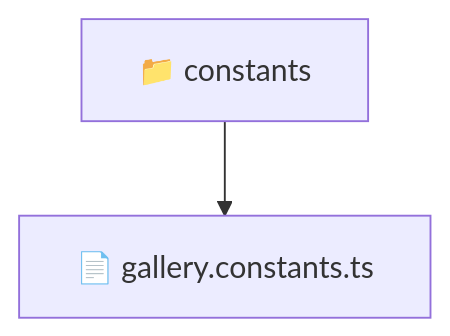
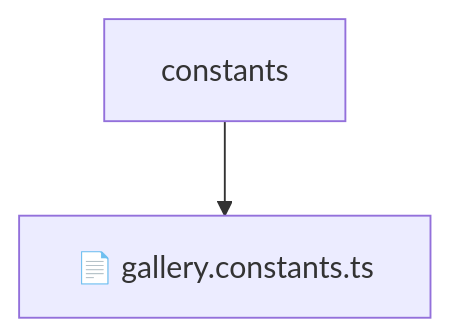
One commit to beginwebdev2002/fullstack-mavluda changed the diagram in frontend/src/entities/gallery/constants/README.md. Above: the diagram before and after it, drawn with Mermaid. The commit also changed other lines of this file and 155 other files, not shown here.

````diff
--- a/frontend/src/entities/gallery/constants/README.md
+++ b/frontend/src/entities/gallery/constants/README.md
@@ -10,5 +14,5 @@
 ```mermaid
 graph TD
-  Root["📁 constants"]
-  Root --> galleryconstantsts["📄 gallery.constants.ts"]
+    Root[constants]
+    Root --> F0[📄 gallery.constants.ts]
 ```
````
